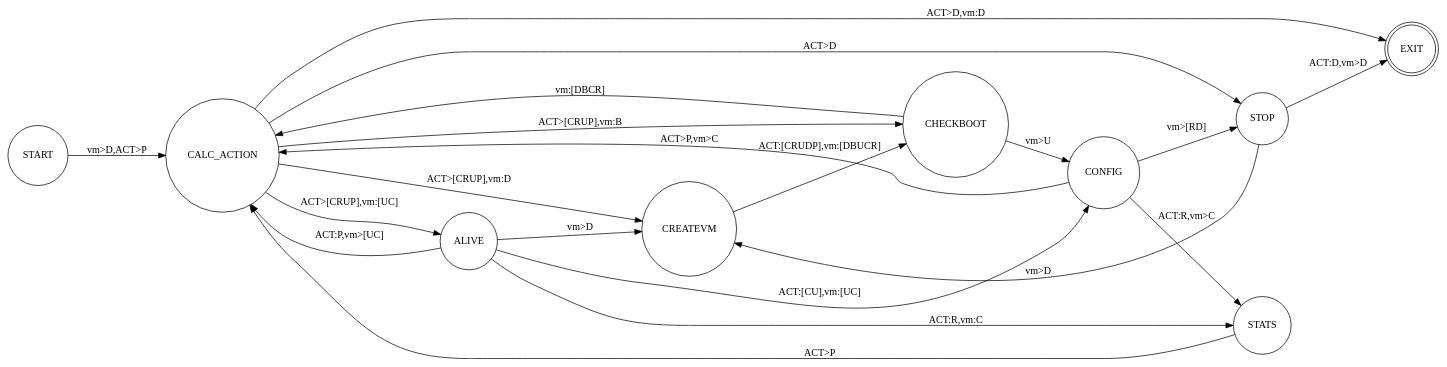
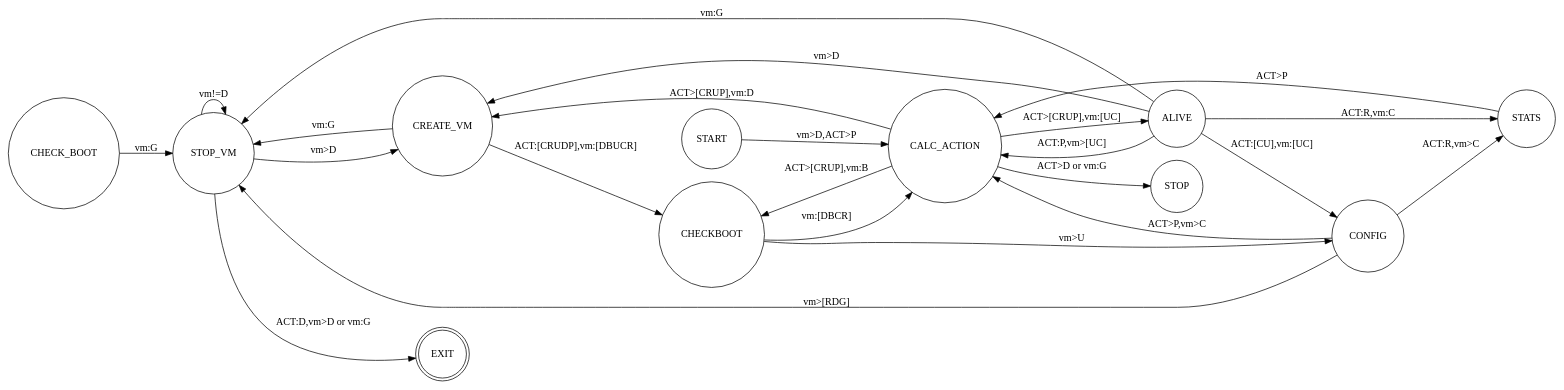
The diagram in doc/source/state_machine.dot (openstack-archive/astara), drawn with Graphviz before and after one commit. The commit also changed 1 other file, not shown here.

Commit message:
Update state diagram

```diff
--- a/doc/source/state_machine.dot
+++ b/doc/source/state_machine.dot
@@ -1,33 +1,36 @@
 digraph rug {
   rankdir=LR;
   node [shape = doublecircle]; EXIT;
   node [shape = circle];
 
   START -> CALC_ACTION [ label = "vm>D,ACT>P" ];
 
   CALC_ACTION -> ALIVE [ label = "ACT>[CRUP],vm:[UC]" ];
-  CALC_ACTION -> EXIT [ label = "ACT>D,vm:D" ];
-  CALC_ACTION -> STOP [ label = "ACT>D" ];
-  CALC_ACTION -> CREATEVM [ label = "ACT>[CRUP],vm:D" ];
+  CALC_ACTION -> STOP [ label = "ACT>D or vm:G" ];
+  CALC_ACTION -> CREATE_VM [ label = "ACT>[CRUP],vm:D" ];
   CALC_ACTION -> CHECKBOOT [ label = "ACT>[CRUP],vm:B" ];
 
-  ALIVE -> CREATEVM [ label = "vm>D" ];
+  ALIVE -> CREATE_VM [ label = "vm>D" ];
   ALIVE -> CONFIG [ label = "ACT:[CU],vm:[UC]" ];
   ALIVE -> STATS [ label = "ACT:R,vm:C" ];
   ALIVE -> CALC_ACTION [ label = "ACT:P,vm>[UC]" ];
+  ALIVE -> STOP_VM [ label = "vm:G" ];
 
-  CREATEVM -> CHECKBOOT [ label = "ACT:[CRUDP],vm:[DBUCR]" ];
+  CREATE_VM -> CHECKBOOT [ label = "ACT:[CRUDP],vm:[DBUCR]" ];
+  CREATE_VM -> STOP_VM [ label = "vm:G" ];
 
   CHECKBOOT -> CONFIG [ label = "vm>U" ]
   CHECKBOOT -> CALC_ACTION [ label = "vm:[DBCR]" ]
+  CHECK_BOOT -> STOP_VM [ label = "vm:G" ];
 
-  CONFIG -> STOP [ label = "vm>[RD]" ];
+  CONFIG -> STOP_VM [ label = "vm>[RDG]" ];
   CONFIG -> STATS [ label = "ACT:R,vm>C" ];
   CONFIG -> CALC_ACTION [ label = "ACT>P,vm>C" ];
 
   STATS -> CALC_ACTION [ label = "ACT>P" ];
 
-  STOP -> EXIT [ label = "ACT:D,vm>D" ];
-  STOP -> CREATEVM [ label = "vm>D" ];
+  STOP_VM -> EXIT [ label = "ACT:D,vm>D or vm:G" ];
+  STOP_VM -> CREATE_VM [ label = "vm>D" ];
+  STOP_VM -> STOP_VM [ label = "vm!=D" ];
 
 }
```
